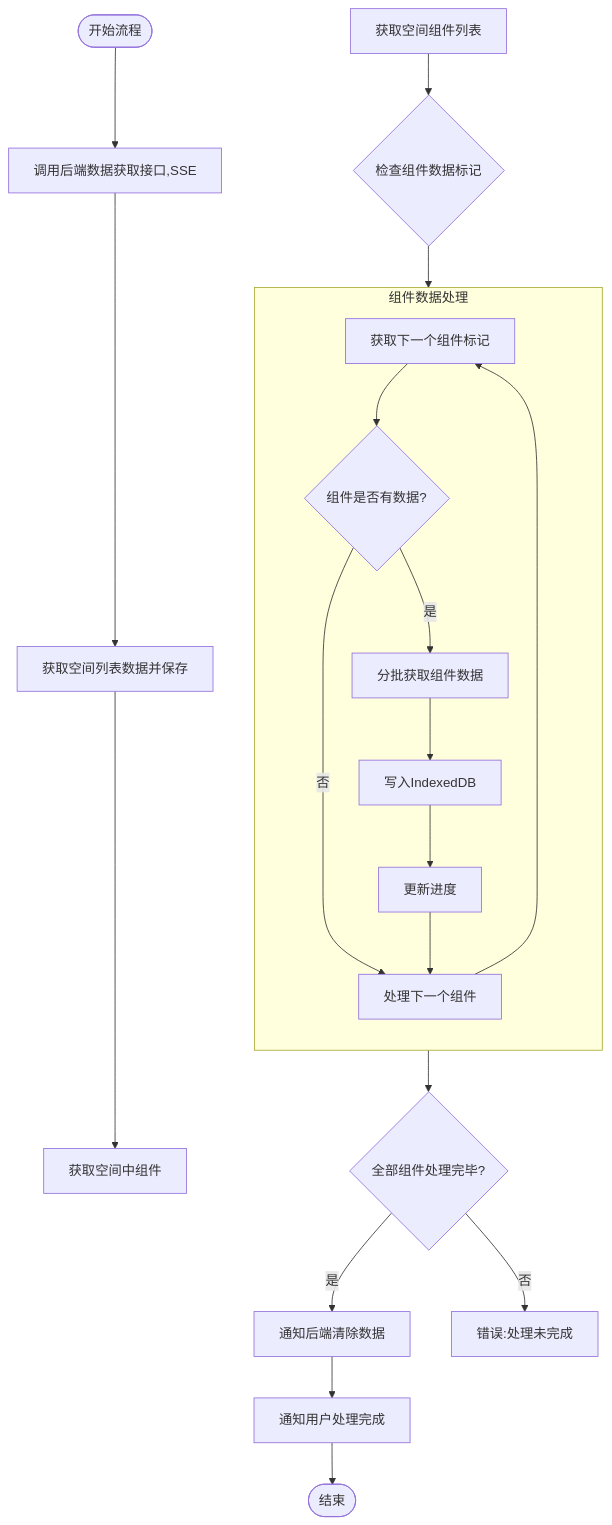
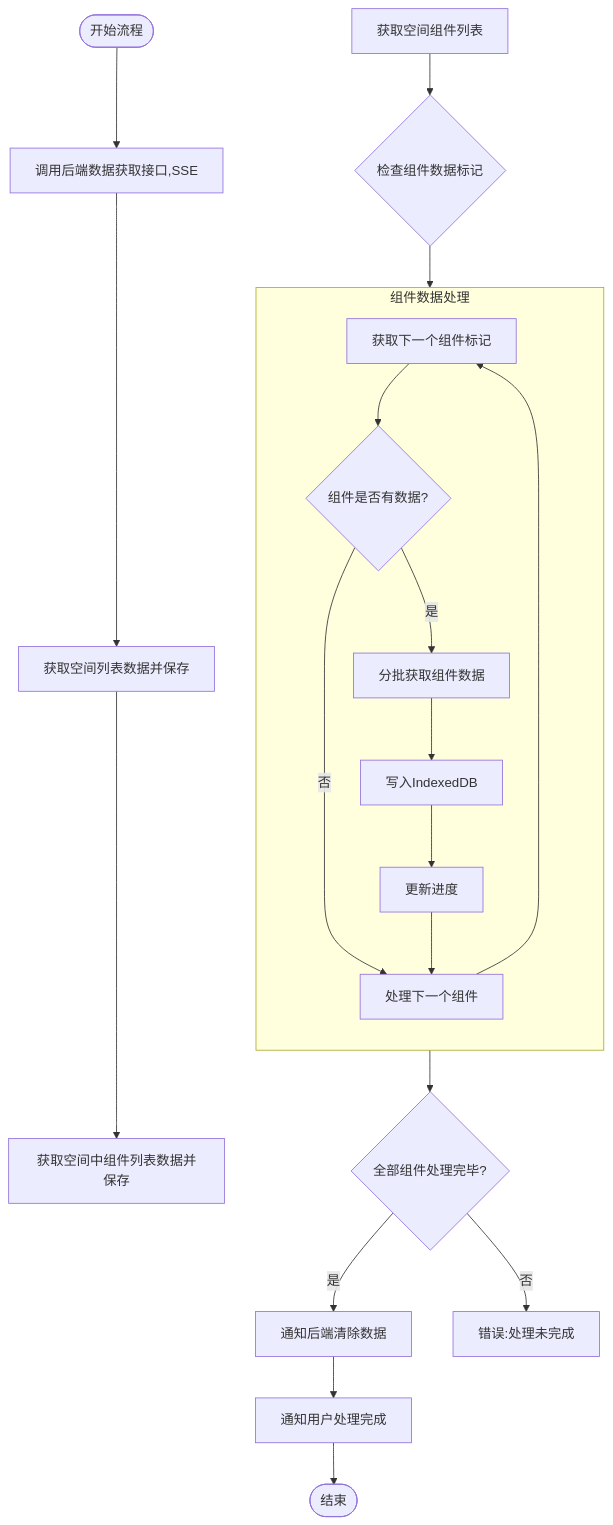
The diagram in all/未命名-59.md (yingjianzh/iodraw-files), drawn with Mermaid before and after one commit.

Commit message:
2025-05-14 14:52:56 update

````diff
--- a/all/未命名-59.md
+++ b/all/未命名-59.md
@@ -1,32 +1,32 @@
 ```mermaid
 
 flowchart TD
     Start([开始流程]) --> FetchData[调用后端数据获取接口,SSE]
     FetchData --> FetchSpaceData[获取空间列表数据并保存]
-    FetchSpaceData --> FetchSpaceComponent[获取空间中组件]
-    
+    FetchSpaceData --> FetchSpaceComponent[获取空间中组件列表数据并保存]
+    FetchSpaceComponent
     
     FetchComponentList[获取空间组件列表]
     FetchComponentList --> CheckComponentData{检查组件数据标记}
     
     subgraph ComponentProcess [组件数据处理]
         direction TB
         A[获取下一个组件标记] --> B{组件是否有数据?}
         B -->|否| NextComponent[处理下一个组件]
         B -->|是| C[分批获取组件数据]
         C --> D[写入IndexedDB]
         D --> UpdateProgress[更新进度]
         UpdateProgress --> NextComponent
         NextComponent --> A
     end
     
     CheckComponentData --> ComponentProcess
     ComponentProcess --> AllComponentsProcessed{全部组件处理完毕?}
     
     AllComponentsProcessed -->|是| ClearServerData[通知后端清除数据]
     AllComponentsProcessed -->|否| Error3[错误:处理未完成]
     
     ClearServerData --> CompletionNotification[通知用户处理完成]
     CompletionNotification --> End([结束])
 
 ```
````
